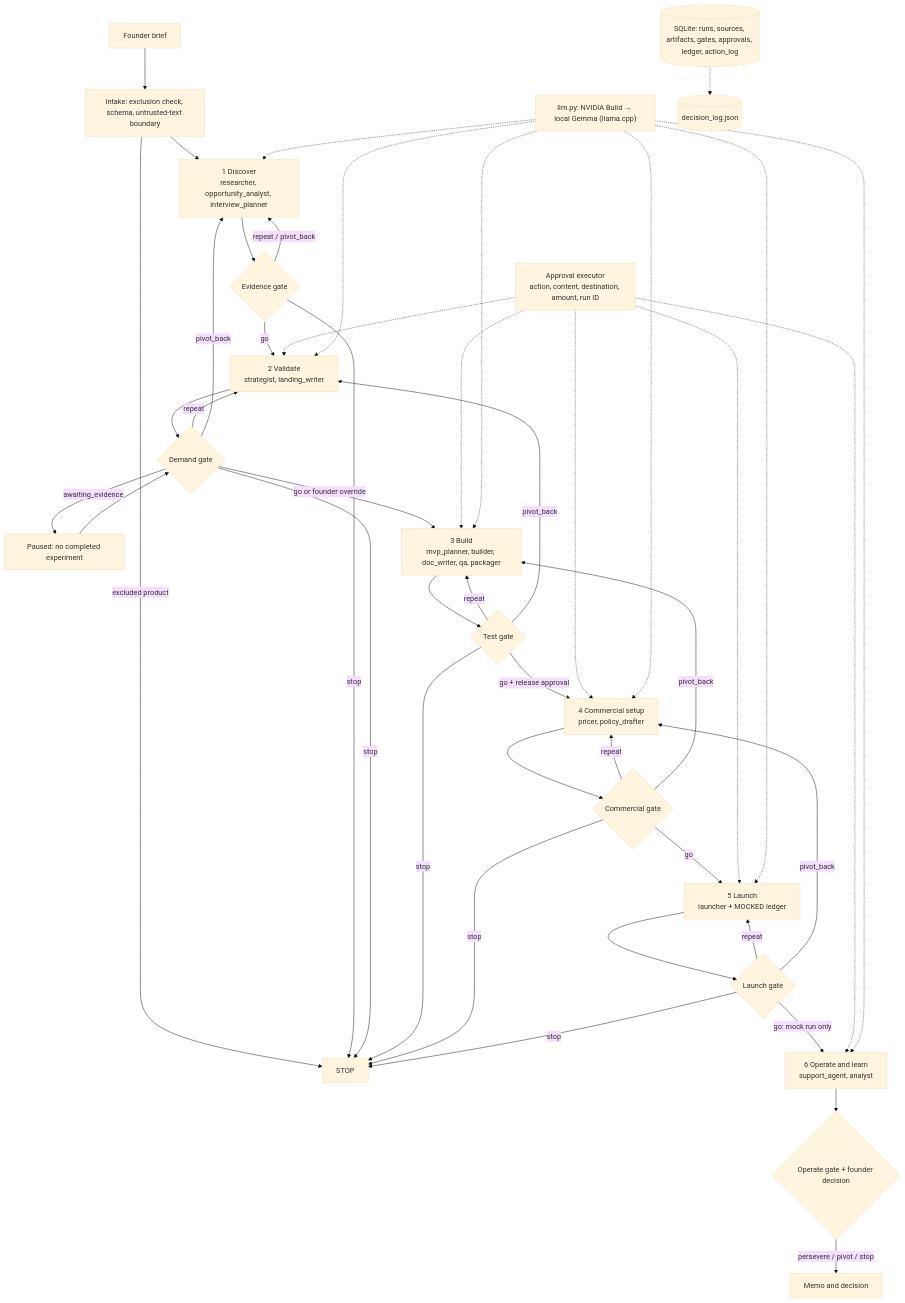
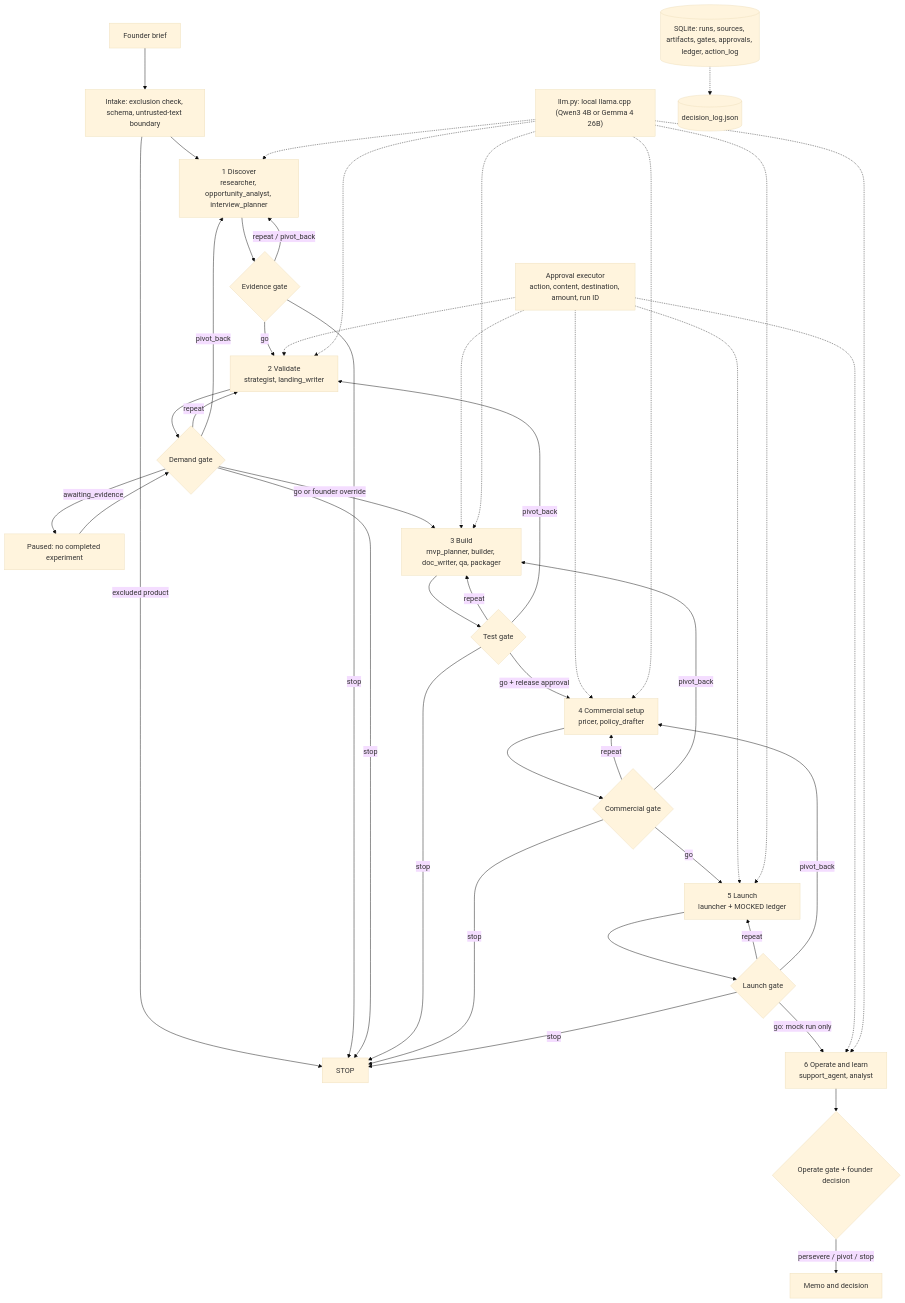
One commit to kareemelramly/MADS-CSEA-AI-Hackathon changed the first of 4 diagrams in ARCHITECTURE.md. Above: the diagram before and after it, drawn with Mermaid (base theme). The commit also changed other lines of this file and 99 other files, not shown here.

````diff
--- a/ARCHITECTURE.md
+++ b/ARCHITECTURE.md
@@ -9,37 +9,37 @@
 ```mermaid
 flowchart TD
     F["Founder brief"] --> I["Intake: exclusion check, schema, untrusted-text boundary"]
     I -->|excluded product| S["STOP"]
     I --> P1["1 Discover<br/>researcher, opportunity_analyst, interview_planner"]
     P1 --> G1{"Evidence gate"}
     G1 -->|go| P2["2 Validate<br/>strategist, landing_writer"]
     G1 -->|repeat / pivot_back| P1
     G1 -->|stop| S
     P2 --> G2{"Demand gate"}
     G2 -->|awaiting_evidence| W["Paused: no completed experiment"]
     W --> G2
     G2 -->|go or founder override| P3["3 Build<br/>mvp_planner, builder, doc_writer, qa, packager"]
     G2 -->|repeat| P2
     G2 -->|pivot_back| P1
     G2 -->|stop| S
     P3 --> G3{"Test gate"}
     G3 -->|go + release approval| P4["4 Commercial setup<br/>pricer, policy_drafter"]
     G3 -->|repeat| P3
     G3 -->|pivot_back| P2
     G3 -->|stop| S
     P4 --> G4{"Commercial gate"}
     G4 -->|go| P5["5 Launch<br/>launcher + MOCKED ledger"]
     G4 -->|repeat| P4
     G4 -->|pivot_back| P3
     G4 -->|stop| S
     P5 --> G5{"Launch gate"}
     G5 -->|go: mock run only| P6["6 Operate and learn<br/>support_agent, analyst"]
     G5 -->|repeat| P5
     G5 -->|pivot_back| P4
     G5 -->|stop| S
     P6 --> G6{"Operate gate + founder decision"}
     G6 -->|persevere / pivot / stop| E["Memo and decision"]
     X["Approval executor<br/>action, content, destination, amount, run ID"] -.-> P2 & P3 & P4 & P5 & P6
-    L["llm.py: NVIDIA Build → local Gemma (llama.cpp)"] -.-> P1 & P2 & P3 & P4 & P5 & P6
+    L["llm.py: local llama.cpp (Qwen3 4B or Gemma 4 26B)"] -.-> P1 & P2 & P3 & P4 & P5 & P6
     D[("SQLite: runs, sources, artifacts, gates, approvals, ledger, action_log")] -.-> J[("decision_log.json")]
 ```
````
